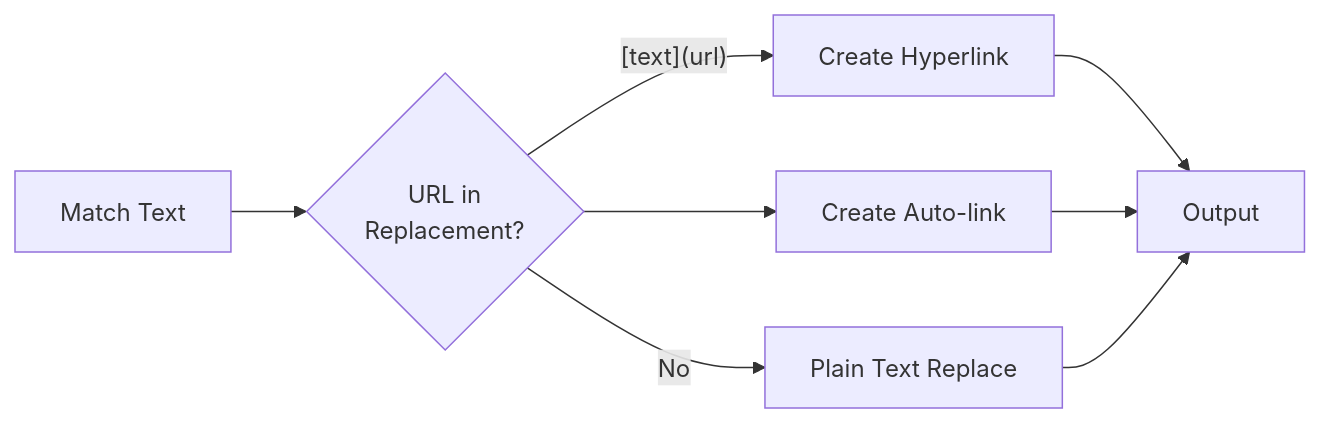
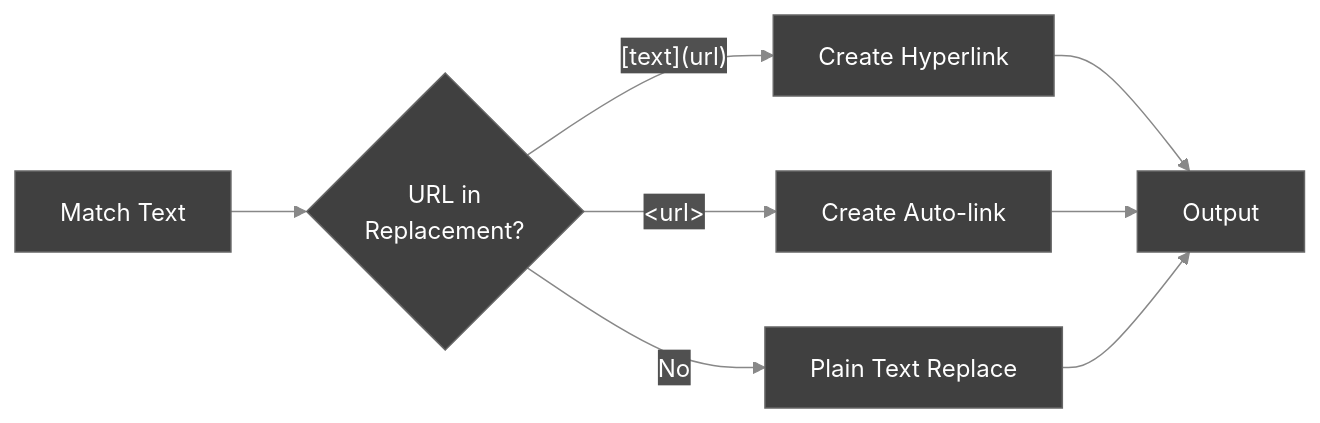
Before and after one commit to visionik/sedmat: the fourth of 8 diagrams in README.md, drawn with Mermaid. The commit also changed other lines of this file, not shown here.

First line of the commit message:
fix: escape special chars in Mermaid diagrams and apply dark theme

````diff
--- a/README.md
+++ b/README.md
@@ -227,11 +230,12 @@
 ```mermaid
+%%{init: {'theme': 'base', 'themeVariables': { 'primaryColor': '#404040', 'primaryTextColor': '#ffffff', 'primaryBorderColor': '#666666', 'lineColor': '#888888', 'secondaryColor': '#505050', 'tertiaryColor': '#333333', 'background': '#1a1a1a' }}}%%
 flowchart LR
     MATCH[Match Text] --> HASURL{URL in<br/>Replacement?}
-    HASURL -->|"[text](url)"| HYPER[Create Hyperlink]
-    HASURL -->|"<url>"| AUTO[Create Auto-link]
+    HASURL -->|"#91;text#93;#40;url#41;"| HYPER[Create Hyperlink]
+    HASURL -->|"#60;url#62;"| AUTO[Create Auto-link]
     HASURL -->|No| PLAIN[Plain Text Replace]
     
     HYPER --> OUT[Output]
     AUTO --> OUT
     PLAIN --> OUT
 ```
````
